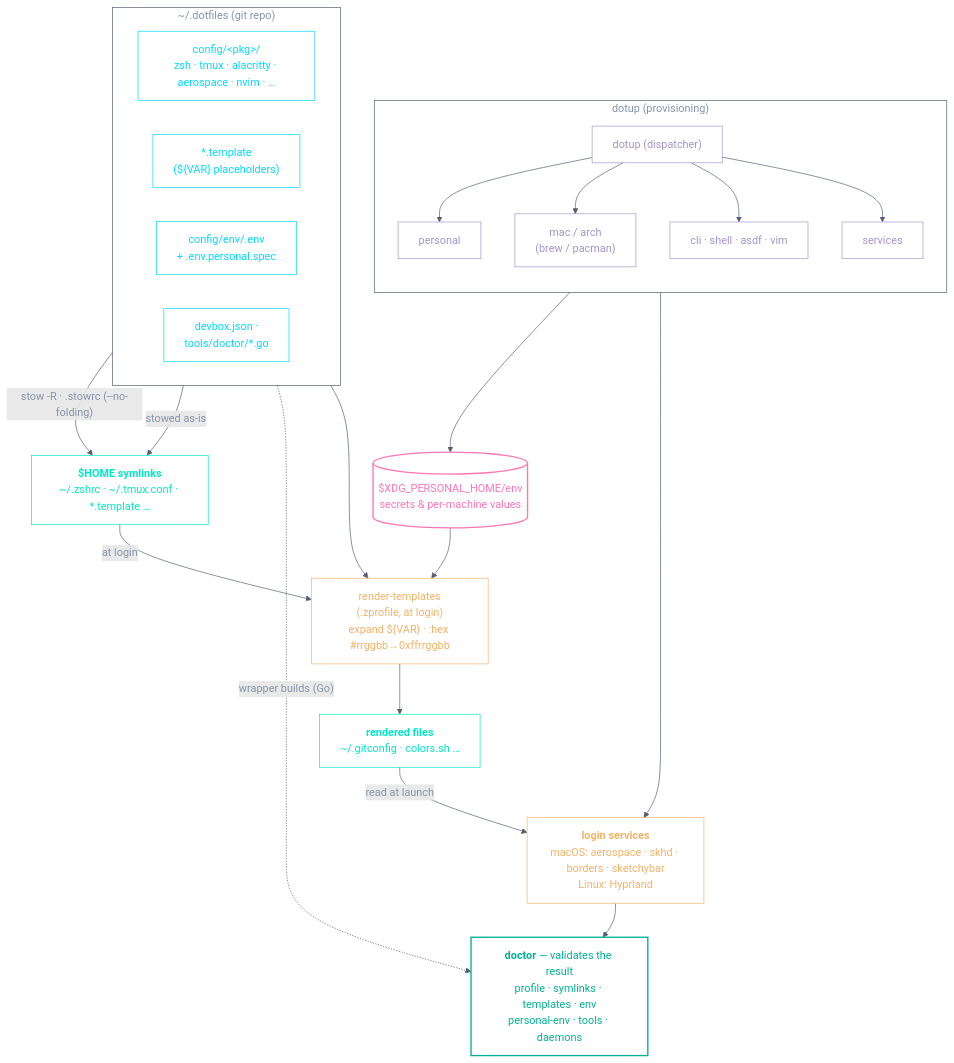
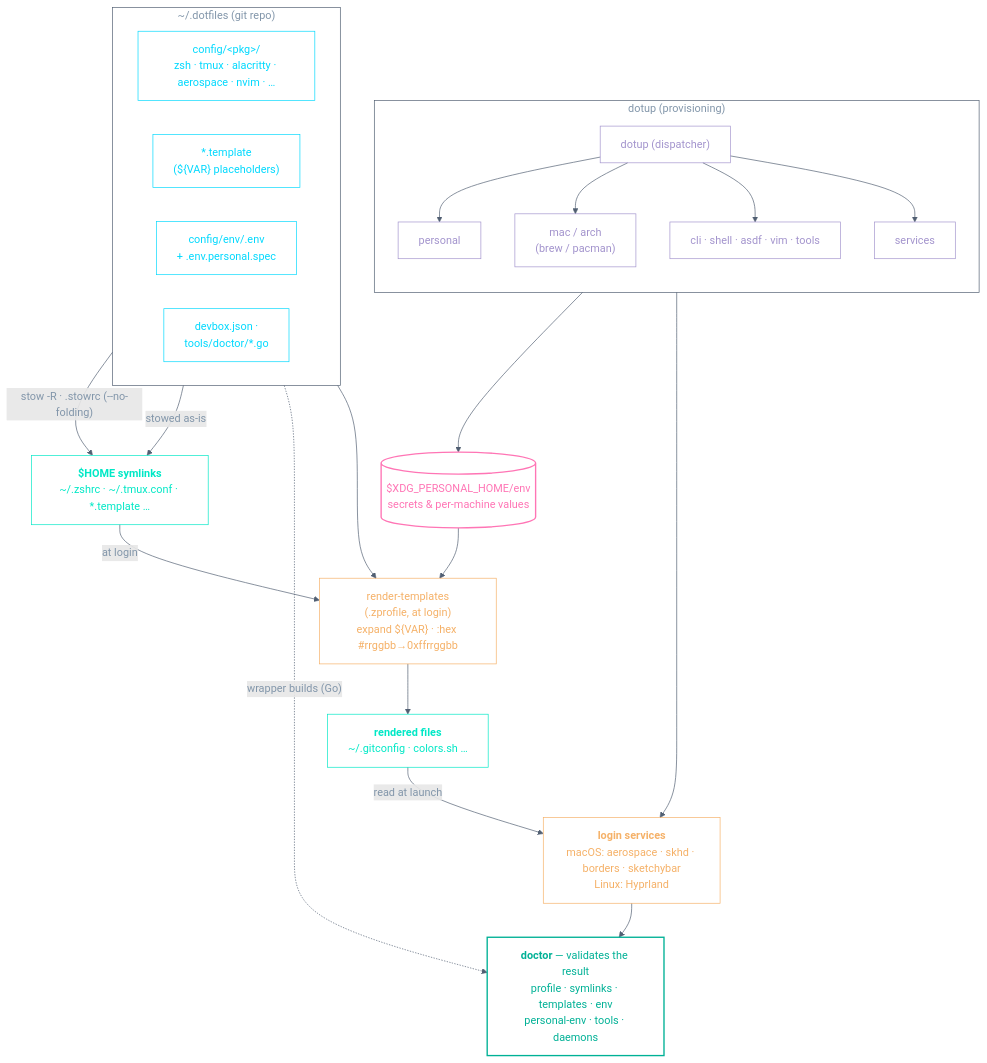
One commit to hallaji/dotfiles changed the first of 2 diagrams in docs/ARCHITECTURE.md. Above: the diagram before and after it, drawn with Mermaid. The commit also changed other lines of this file and 9 other files, not shown here.

````diff
--- a/docs/ARCHITECTURE.md
+++ b/docs/ARCHITECTURE.md
@@ -5,58 +5,58 @@
 ```mermaid
 flowchart TD
     subgraph repo["~/.dotfiles (git repo)"]
         direction LR
         pkgs["config/&lt;pkg&gt;/<br/>zsh · tmux · alacritty · aerospace · nvim · …"]:::repo
         tmpl["*.template<br/>(${VAR} placeholders)"]:::repo
         env["config/env/.env<br/>+ .env.personal.spec"]:::repo
         toolchain["devbox.json ·<br/>tools/doctor/*.go"]:::repo
     end
 
     subgraph prov["dotup (provisioning)"]
         direction TB
         dispatch["dotup (dispatcher)"]:::prov
         dispatch --> personal["personal"]:::prov
         dispatch --> osinst["mac / arch<br/>(brew / pacman)"]:::prov
-        dispatch --> tools["cli · shell · asdf · vim"]:::prov
+        dispatch --> tools["cli · shell · asdf · vim · tools"]:::prov
         dispatch --> svc["services"]:::prov
     end
 
     pstore[("$XDG_PERSONAL_HOME/env<br/>secrets & per-machine values")]:::store
     links["<b>$HOME symlinks</b><br/>~/.zshrc · ~/.tmux.conf · *.template …"]:::out
     rt["render-templates<br/>(.zprofile, at login)<br/>expand ${VAR} · :hex #rrggbb→0xffrrggbb"]:::run
     rendered["<b>rendered files</b><br/>~/.gitconfig · colors.sh …"]:::out
     daemons["<b>login services</b><br/>macOS: aerospace · skhd · borders · sketchybar<br/>Linux: Hyprland"]:::run
     doctor["<b>doctor</b> — validates the result<br/>profile · symlinks · templates · env<br/>personal-env · tools · daemons"]:::check
 
     %% Main spine (top → bottom).
     pkgs -->|"stow -R · .stowrc (--no-folding)"| links
     tmpl -->|"stowed as-is"| links
     links -->|"at login"| rt
     rt --> rendered
     rendered -->|"read at launch"| daemons
     daemons --> doctor
 
     %% Provisioning side-flow.
     personal --> pstore
     svc --> daemons
     toolchain -.->|"wrapper builds (Go)"| doctor
 
     %% Per-machine values feed the render step.
     env --> rt
     pstore --> rt
 
     %% Colors from config/env/.env palette:
     %% repo  = #02d9fe (PALETTE_SKY)    prov  = #a394cd (PALETTE_PURPLE)
     %% store = #ff75b5 (PALETTE_PINK) out   = #00e8c6 (PALETTE_MINT)
     %% run   = #f5b168 (PALETTE_AMBER)   check = #00b196 (PALETTE_TEAL)
     %% subgraph frame = #515f72 (PALETTE_GRAY) / #8296aa (PALETTE_FG2)
     classDef repo fill:transparent,stroke:#02d9fe,color:#02d9fe
     classDef prov fill:transparent,stroke:#a394cd,color:#a394cd
     classDef store fill:transparent,stroke:#ff75b5,stroke-width:2px,color:#ff75b5
     classDef out fill:transparent,stroke:#00e8c6,color:#00e8c6
     classDef run fill:transparent,stroke:#f5b168,color:#f5b168
     classDef check fill:transparent,stroke:#00b196,stroke-width:2px,color:#00b196
     style repo fill:transparent,stroke:#515f72,color:#8296aa
     style prov fill:transparent,stroke:#515f72,color:#8296aa
     linkStyle default stroke:#515f72,color:#8296aa
 ```
````
